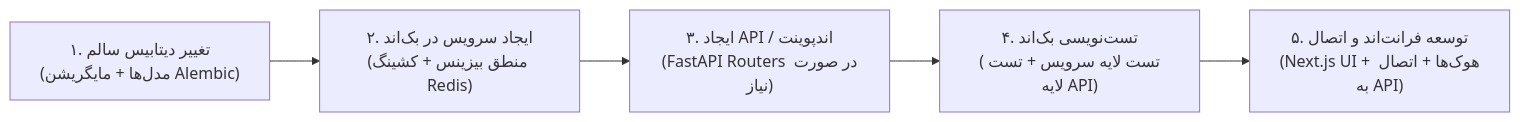
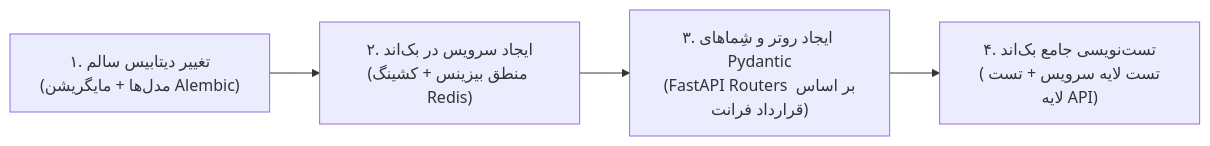
The diagram in AGENT.md (DrAmir0240/DrGame-Ecommerce), drawn with Mermaid before and after one commit. The commit also changed other lines of this file and 2 other files, not shown here.

````diff
--- a/AGENT.md
+++ b/AGENT.md
@@ -12,7 +19,6 @@
 ```mermaid
 graph LR
     Step1["۱. تغییر دیتابیس سالم\n(مدل‌ها + مایگریشن Alembic)"] --> Step2["۲. ایجاد سرویس در بک‌اند\n(منطق بیزینس + کشینگ Redis)"]
-    Step2 --> Step3["۳. ایجاد API / اندپوینت\n(FastAPI Routers در صورت نیاز)"]
-    Step3 --> Step4["۴. تست‌نویسی بک‌اند\n(تست لایه سرویس + تست لایه API)"]
-    Step4 --> Step5["۵. توسعه فرانت‌اند و اتصال\n(Next.js UI + هوک‌ها + اتصال به API)"]
+    Step2 --> Step3["۳. ایجاد روتر و شِماهای Pydantic\n(FastAPI Routers بر اساس قرارداد فرانت)"]
+    Step3 --> Step4["۴. تست‌نویسی جامع بک‌اند\n(تست لایه سرویس + تست لایه API)"]
 ```
````
